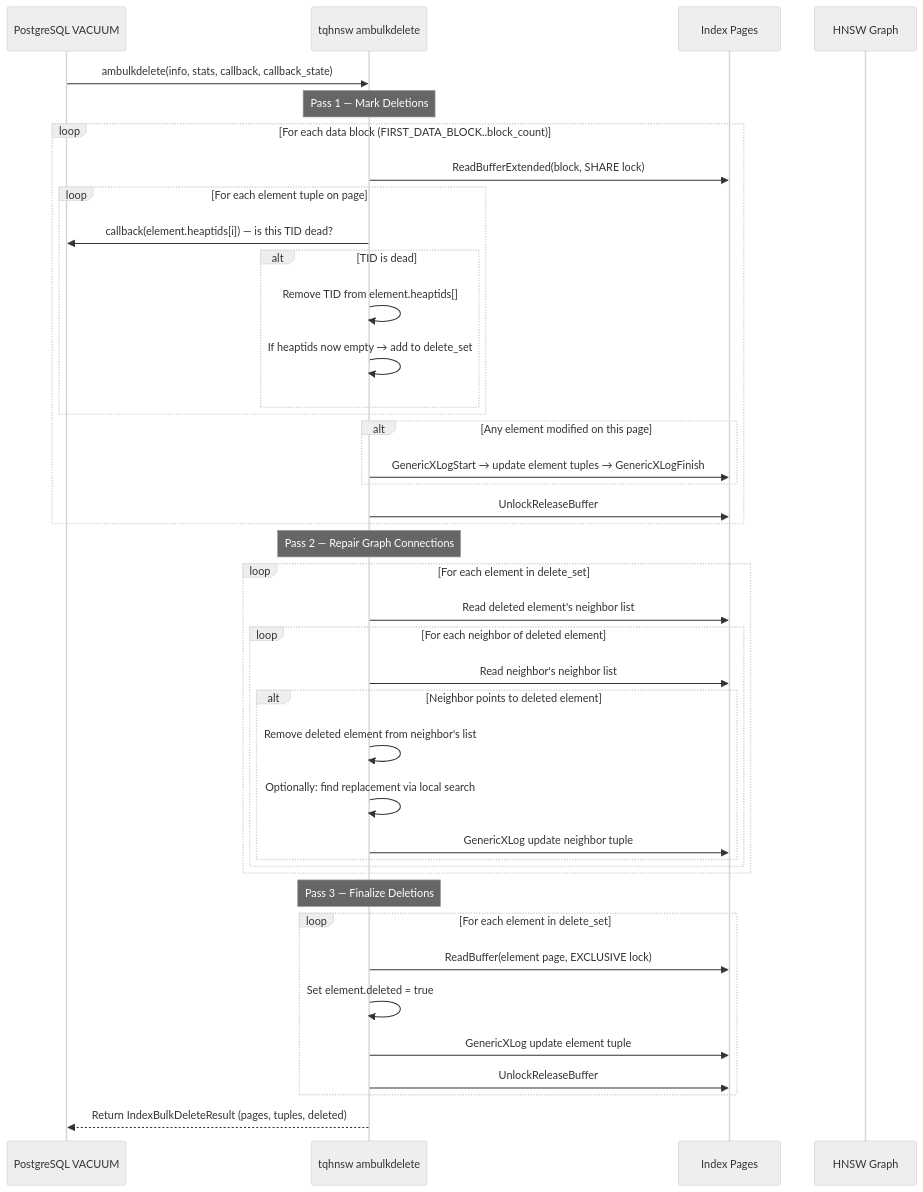
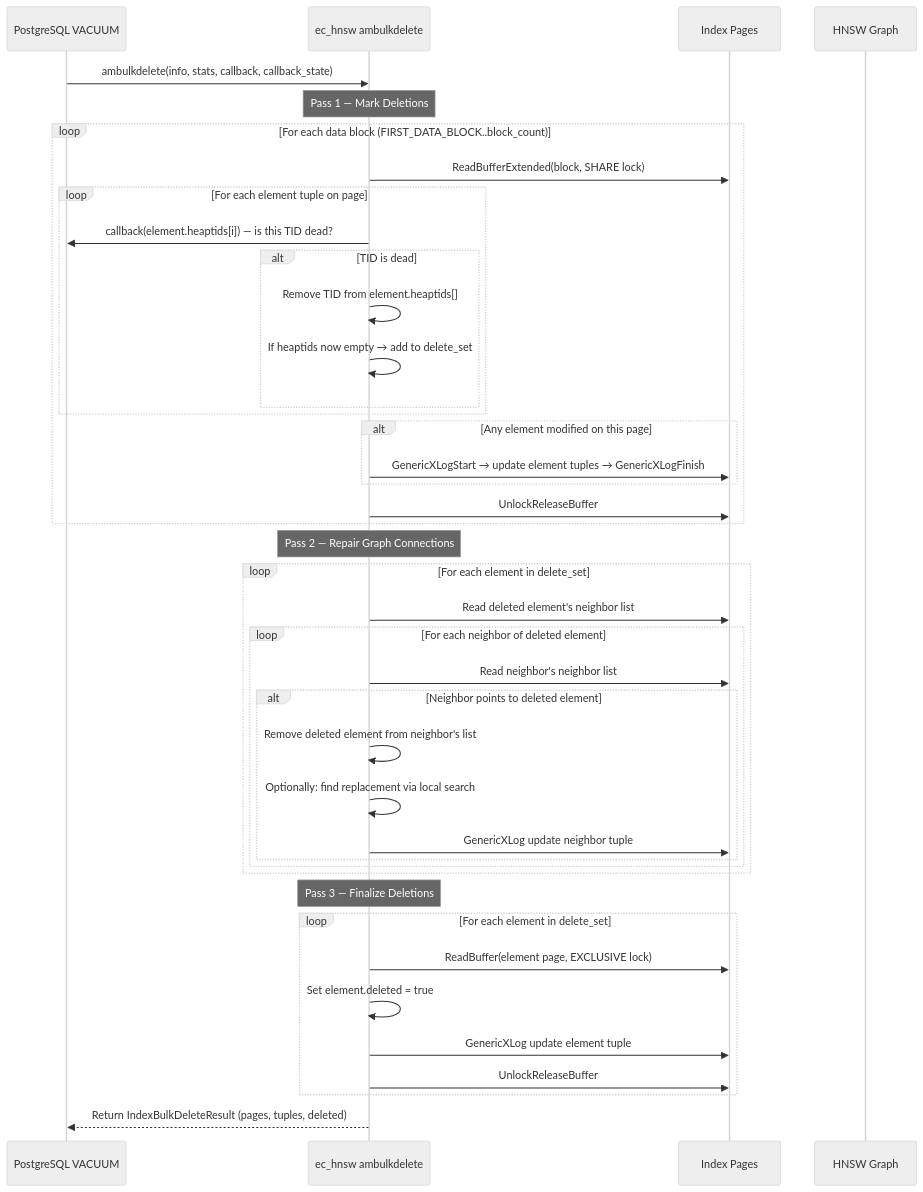
One commit to agent-ix/ecaz changed the diagram in spec/functional/FR-022-vacuum-implementation.md. Above: the diagram before and after it, drawn with Mermaid (neutral theme). The commit also changed other lines of this file and 107 other files, not shown here.

````diff
--- a/spec/functional/FR-022-vacuum-implementation.md
+++ b/spec/functional/FR-022-vacuum-implementation.md
@@ -61,51 +61,51 @@
 ```mermaid
 sequenceDiagram
     participant PG as PostgreSQL VACUUM
-    participant AM as tqhnsw ambulkdelete
+    participant AM as ec_hnsw ambulkdelete
     participant Pages as Index Pages
     participant Graph as HNSW Graph
 
     PG->>AM: ambulkdelete(info, stats, callback, callback_state)
 
     Note over AM: Pass 1 — Mark Deletions
 
     loop For each data block (FIRST_DATA_BLOCK..block_count)
         AM->>Pages: ReadBufferExtended(block, SHARE lock)
         loop For each element tuple on page
             AM->>PG: callback(element.heaptids[i]) — is this TID dead?
             alt TID is dead
                 AM->>AM: Remove TID from element.heaptids[]
                 AM->>AM: If heaptids now empty → add to delete_set
             end
         end
         alt Any element modified on this page
             AM->>Pages: GenericXLogStart → update element tuples → GenericXLogFinish
         end
         AM->>Pages: UnlockReleaseBuffer
     end
 
     Note over AM: Pass 2 — Repair Graph Connections
 
     loop For each element in delete_set
         AM->>Pages: Read deleted element's neighbor list
         loop For each neighbor of deleted element
             AM->>Pages: Read neighbor's neighbor list
             alt Neighbor points to deleted element
                 AM->>AM: Remove deleted element from neighbor's list
                 AM->>AM: Optionally: find replacement via local search
                 AM->>Pages: GenericXLog update neighbor tuple
             end
         end
     end
 
     Note over AM: Pass 3 — Finalize Deletions
 
     loop For each element in delete_set
         AM->>Pages: ReadBuffer(element page, EXCLUSIVE lock)
         AM->>AM: Set element.deleted = true
         AM->>Pages: GenericXLog update element tuple
         AM->>Pages: UnlockReleaseBuffer
     end
 
     AM-->>PG: Return IndexBulkDeleteResult (pages, tuples, deleted)
 ```
````
